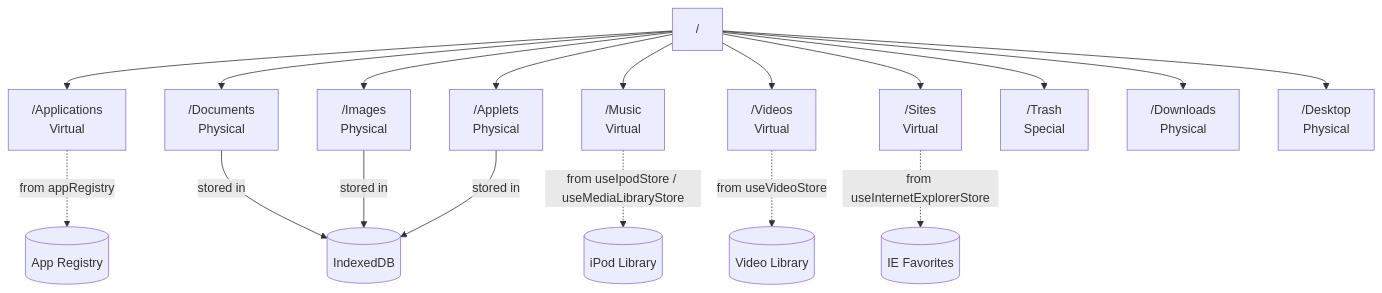
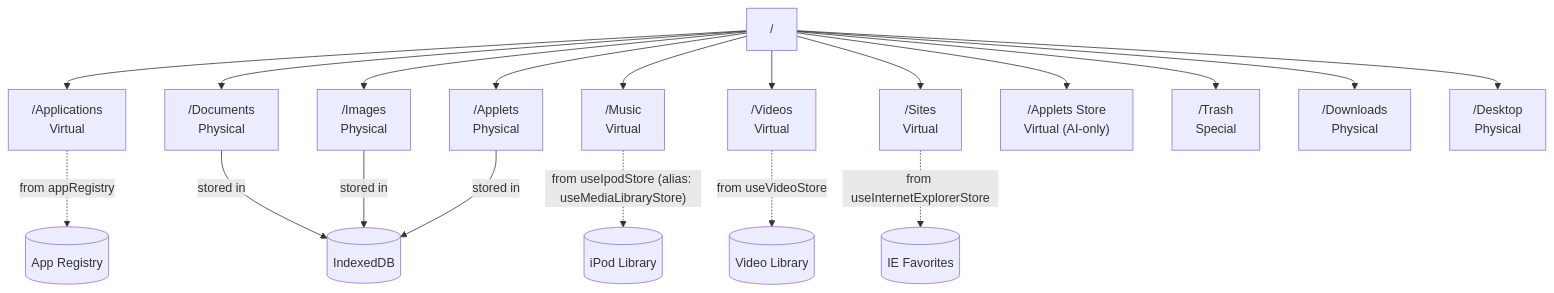
The second of 2 diagrams in docs/5-file-system.md (ryokun6/ryos), drawn with Mermaid before and after one commit. The commit also changed other lines of this file and 31 other files, not shown here.

````diff
--- a/docs/5-file-system.md
+++ b/docs/5-file-system.md
@@ -81,22 +82,23 @@
 ```mermaid
 graph TD
     Root["/"] --> Apps["/Applications<br/>Virtual"]
     Root --> Docs["/Documents<br/>Physical"]
     Root --> Imgs["/Images<br/>Physical"]
     Root --> Music["/Music<br/>Virtual"]
     Root --> Videos["/Videos<br/>Virtual"]
     Root --> Sites["/Sites<br/>Virtual"]
     Root --> Applets["/Applets<br/>Physical"]
+    Root --> AppletsStore["/Applets Store<br/>Virtual (AI-only)"]
     Root --> Trash["/Trash<br/>Special"]
     Root --> Downloads["/Downloads<br/>Physical"]
     Root --> Desktop["/Desktop<br/>Physical"]
     
     Apps -.->|"from appRegistry"| AppReg[(App Registry)]
-    Music -.->|"from useIpodStore / useMediaLibraryStore"| iPod[(iPod Library)]
+    Music -.->|"from useIpodStore (alias: useMediaLibraryStore)"| iPod[(iPod Library)]
     Videos -.->|"from useVideoStore"| VidLib[(Video Library)]
     Sites -.->|"from useInternetExplorerStore"| IEFav[(IE Favorites)]
     
     Docs -->|"stored in"| IDB[(IndexedDB)]
     Imgs -->|"stored in"| IDB
     Applets -->|"stored in"| IDB
 ```
````
